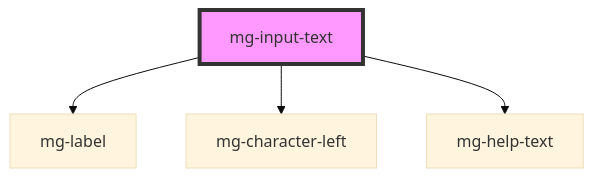
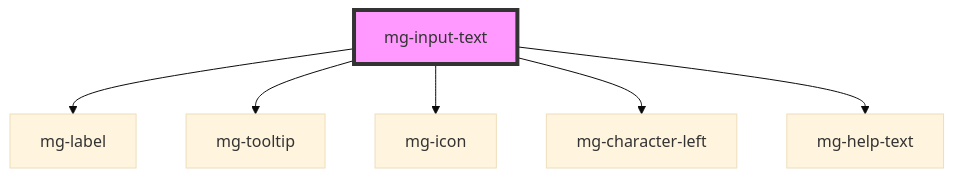
One commit to MGDIS/mg-components changed the diagram in src/components/mg-input-text/readme.md. Above: the diagram before and after it, drawn with Mermaid (base theme). The commit also changed other lines of this file and 34 other files, not shown here.

First line of the commit message:
feat(mg-input-text): add component without style

````diff
--- a/src/components/mg-input-text/readme.md
+++ b/src/components/mg-input-text/readme.md
@@ -41,7 +65,9 @@
 ```mermaid
 graph TD;
   mg-input-text --> mg-label
+  mg-input-text --> mg-tooltip
+  mg-input-text --> mg-icon
   mg-input-text --> mg-character-left
   mg-input-text --> mg-help-text
   style mg-input-text fill:#f9f,stroke:#333,stroke-width:4px
 ```
````
